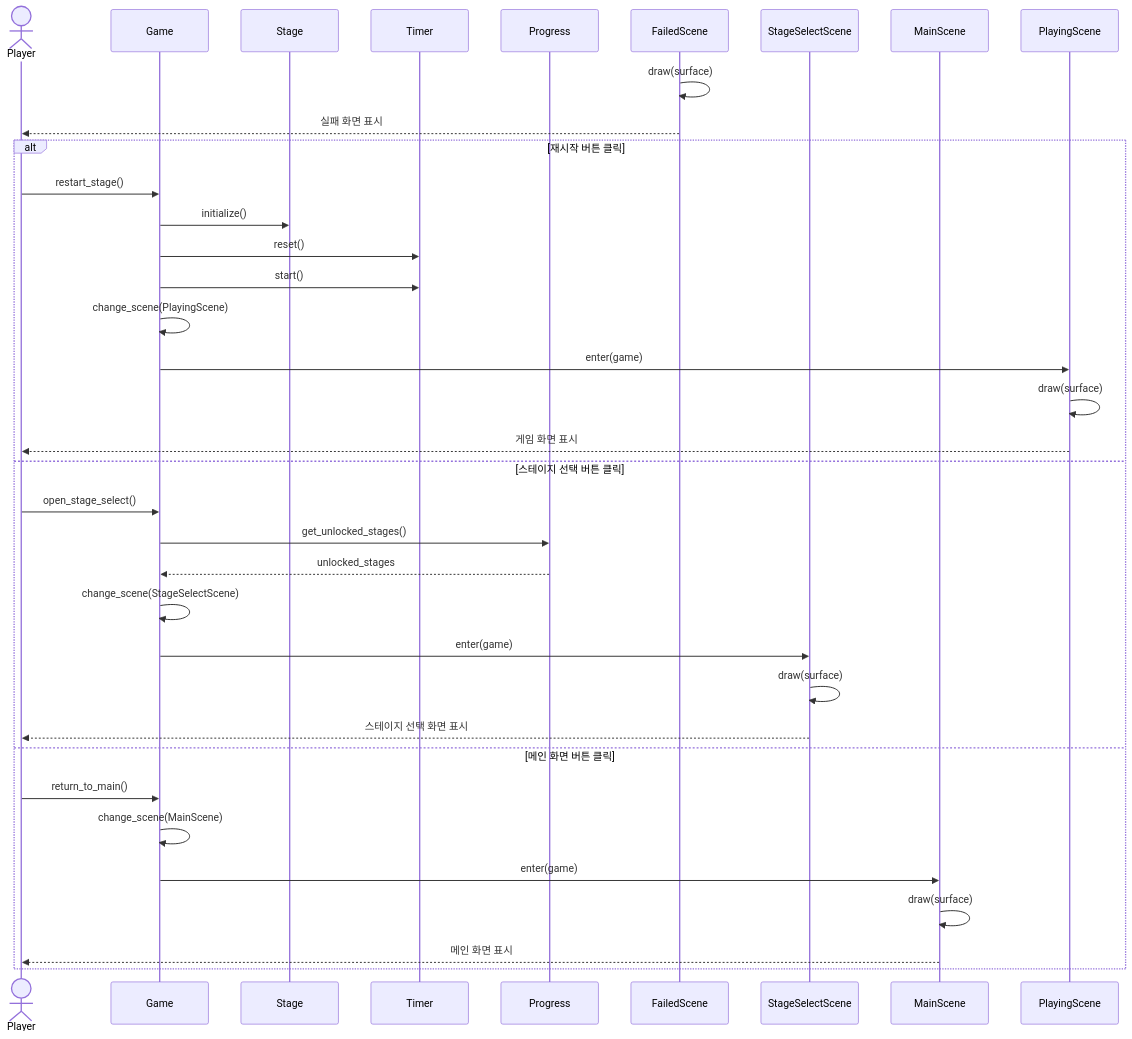
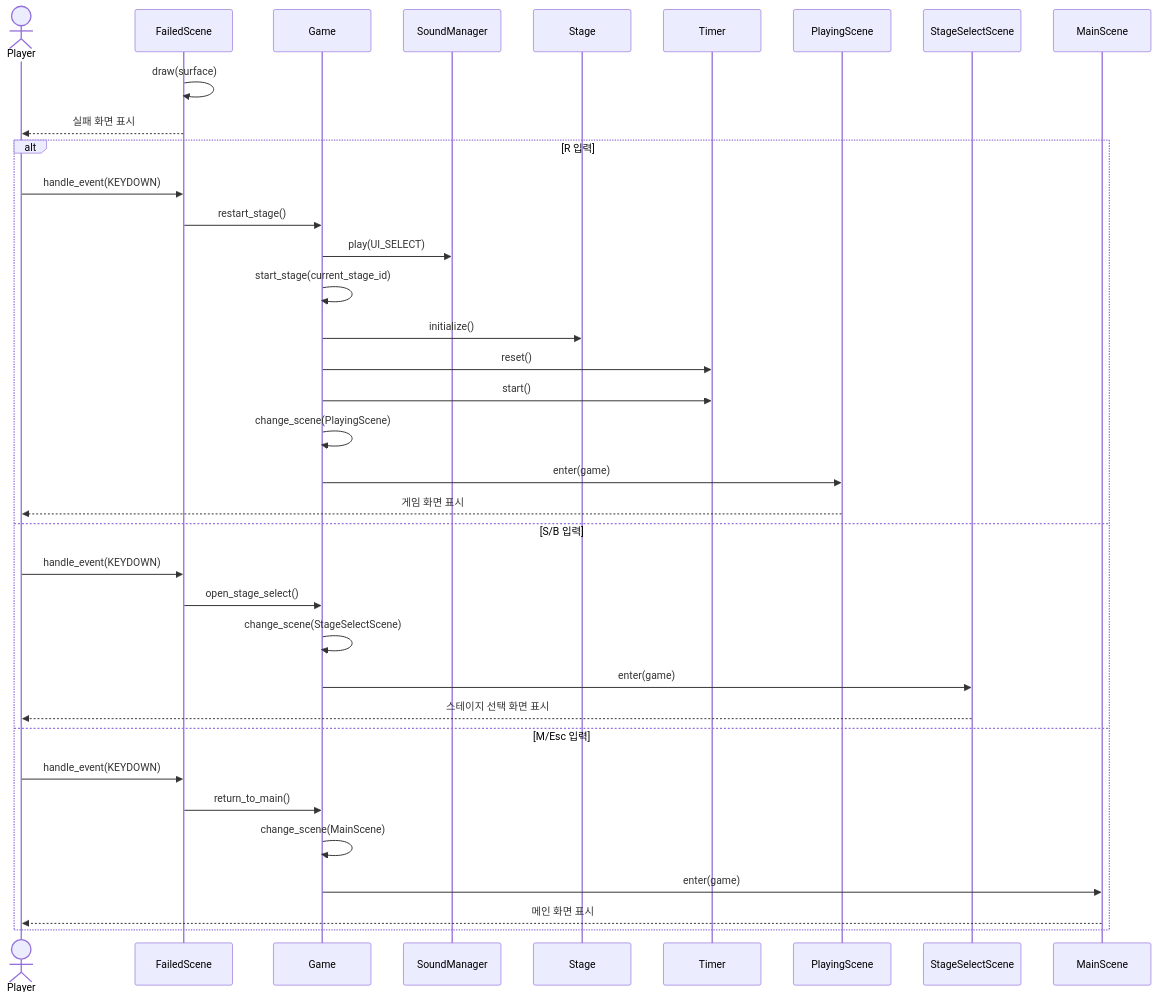
One commit to wisewo/kongoose changed the sixth of 7 diagrams in doc/05_sequence_diagrams.md. Above: the diagram before and after it, drawn with Mermaid. The commit also changed other lines of this file and 33 other files, not shown here.

````diff
--- a/doc/05_sequence_diagrams.md
+++ b/doc/05_sequence_diagrams.md
@@ -254,40 +273,40 @@
 ```mermaid
 sequenceDiagram
     actor User as Player
+    participant FailedScene
     participant Game
+    participant SoundManager
     participant Stage
     participant Timer
-    participant Progress
-    participant FailedScene
+    participant PlayingScene
     participant StageSelectScene
     participant MainScene
-    participant PlayingScene
 
     FailedScene->>FailedScene: draw(surface)
     FailedScene-->>User: 실패 화면 표시
 
-    alt 재시작 버튼 클릭
-        User->>Game: restart_stage()
+    alt R 입력
+        User->>FailedScene: handle_event(KEYDOWN)
+        FailedScene->>Game: restart_stage()
+        Game->>SoundManager: play(UI_SELECT)
+        Game->>Game: start_stage(current_stage_id)
         Game->>Stage: initialize()
         Game->>Timer: reset()
         Game->>Timer: start()
         Game->>Game: change_scene(PlayingScene)
         Game->>PlayingScene: enter(game)
-        PlayingScene->>PlayingScene: draw(surface)
         PlayingScene-->>User: 게임 화면 표시
-    else 스테이지 선택 버튼 클릭
-        User->>Game: open_stage_select()
-        Game->>Progress: get_unlocked_stages()
-        Progress-->>Game: unlocked_stages
+    else S/B 입력
+        User->>FailedScene: handle_event(KEYDOWN)
+        FailedScene->>Game: open_stage_select()
         Game->>Game: change_scene(StageSelectScene)
         Game->>StageSelectScene: enter(game)
-        StageSelectScene->>StageSelectScene: draw(surface)
         StageSelectScene-->>User: 스테이지 선택 화면 표시
-    else 메인 화면 버튼 클릭
-        User->>Game: return_to_main()
+    else M/Esc 입력
+        User->>FailedScene: handle_event(KEYDOWN)
+        FailedScene->>Game: return_to_main()
         Game->>Game: change_scene(MainScene)
         Game->>MainScene: enter(game)
-        MainScene->>MainScene: draw(surface)
         MainScene-->>User: 메인 화면 표시
     end
 ```
````
